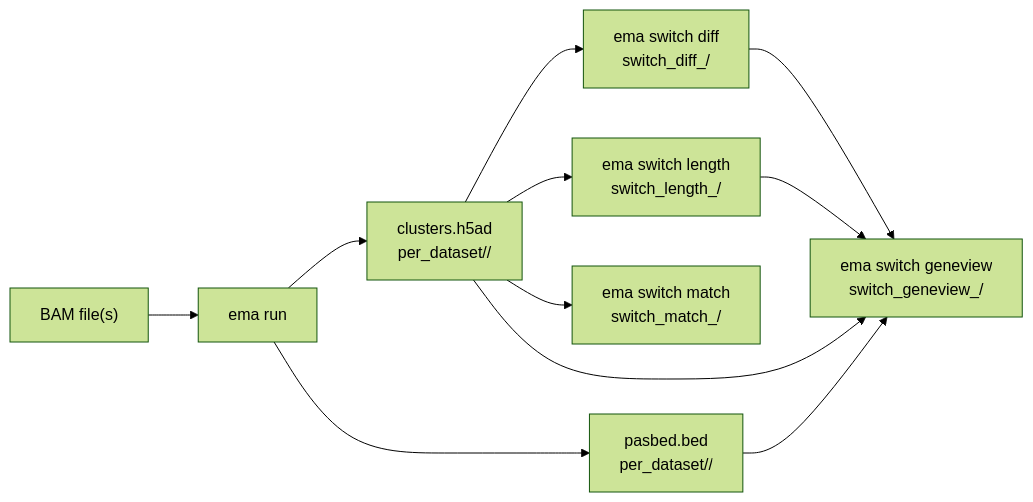
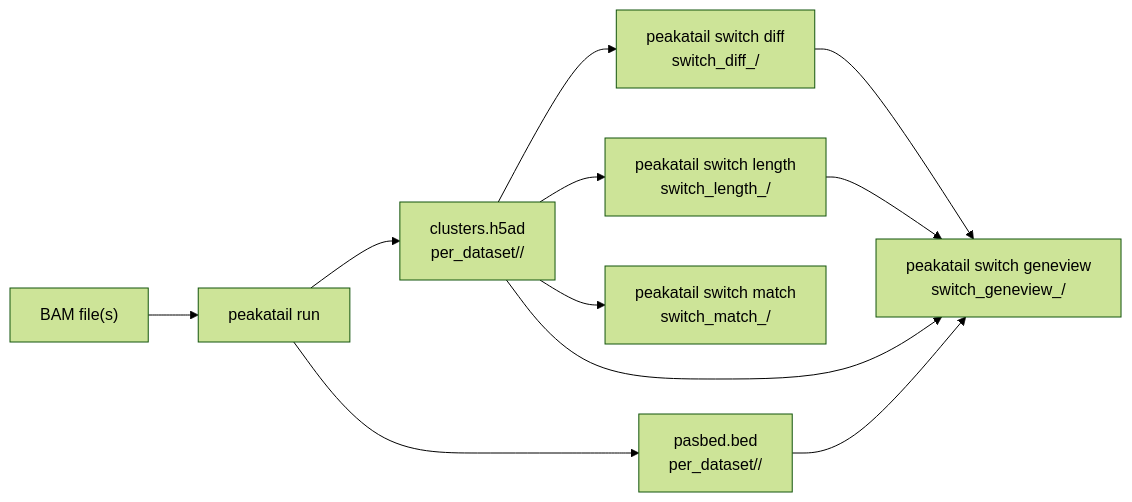
Before and after one commit to BMGLab/PeakATail: the diagram in docs/cli/index.md, drawn with Mermaid (forest theme). The commit also changed other lines of this file and 108 other files, not shown here.

````diff
--- a/docs/cli/index.md
+++ b/docs/cli/index.md
@@ -29,22 +29,22 @@
 ```mermaid
 flowchart LR
     bam["BAM file(s)"]
-    run["ema run"]
+    run["peakatail run"]
     h5ad["clusters.h5ad\nper_dataset/<id>/"]
     pasbed["pasbed.bed\nper_dataset/<id>/"]
-    diff["ema switch diff\nswitch_diff_<ts>/"]
-    length["ema switch length\nswitch_length_<ts>/"]
-    match["ema switch match\nswitch_match_<ts>/"]
-    geneview["ema switch geneview\nswitch_geneview_<ts>/"]
+    diff["peakatail switch diff\nswitch_diff_<ts>/"]
+    length["peakatail switch length\nswitch_length_<ts>/"]
+    match["peakatail switch match\nswitch_match_<ts>/"]
+    geneview["peakatail switch geneview\nswitch_geneview_<ts>/"]
 
     bam --> run
     run --> h5ad
     run --> pasbed
     h5ad --> diff
     h5ad --> length
     h5ad --> match
     diff --> geneview
     length --> geneview
     pasbed --> geneview
     h5ad --> geneview
 ```
````
